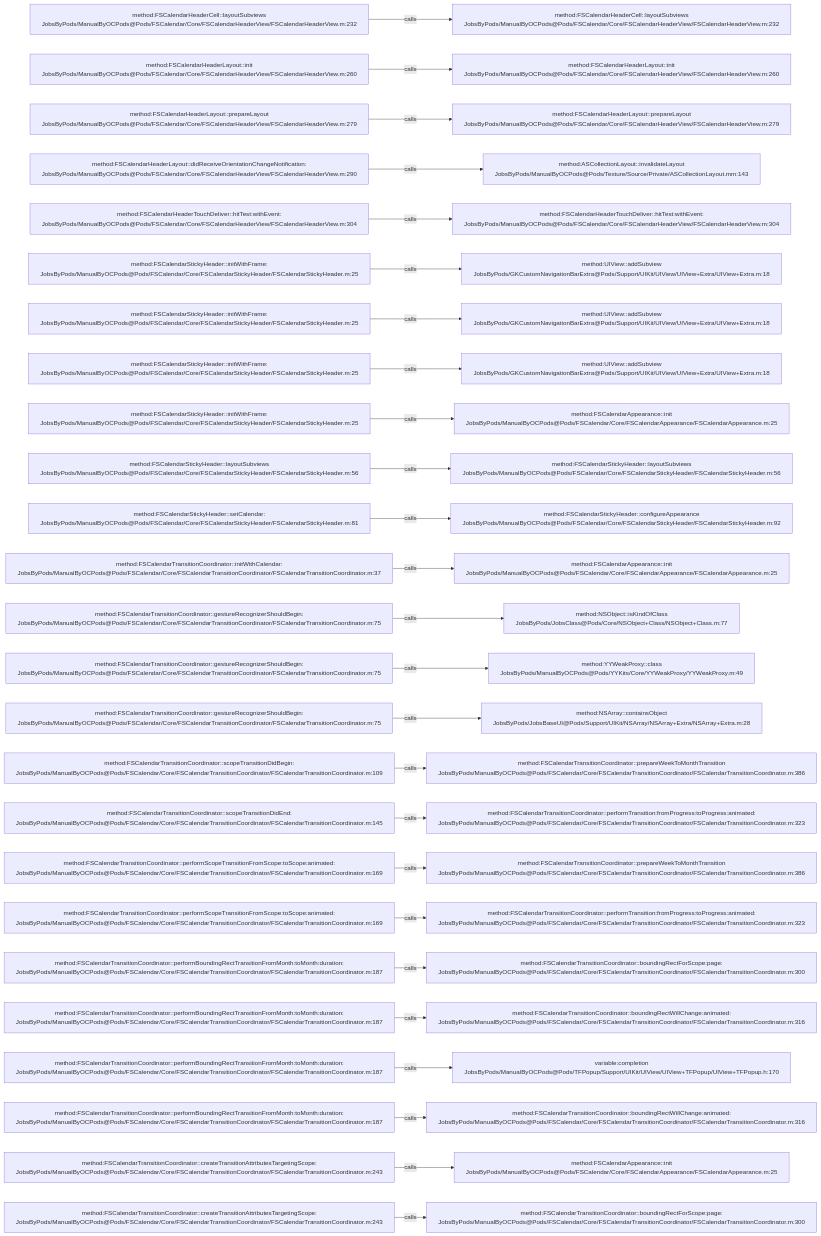
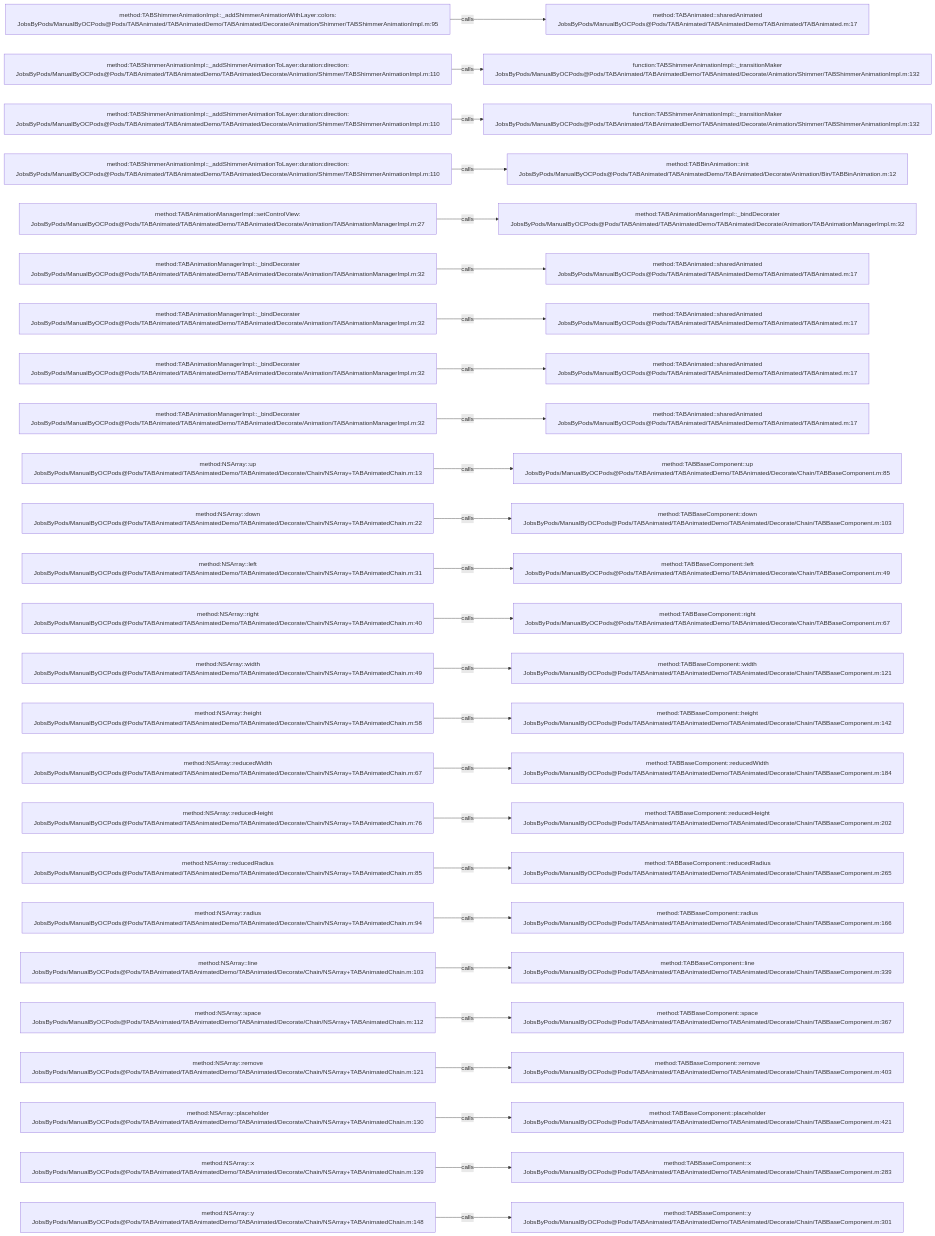
Before and after one commit to JobsKits/JobsOCBaseConfigDemo: the diagram in .codegraph/codegraph.md/graphs/calls-193.md, drawn with Mermaid. The commit also changed 639 other files, not shown here.

````diff
--- a/.codegraph/codegraph.md/graphs/calls-193.md
+++ b/.codegraph/codegraph.md/graphs/calls-193.md
@@ -13,78 +13,78 @@
 ```mermaid
 flowchart LR
-  S1["method:FSCalendarHeaderCell::layoutSubviews<br/>JobsByPods/ManualByOCPods@Pods/FSCalendar/Core/FSCalendarHeaderView/FSCalendarHeaderView.m:232"]
-  T1["method:FSCalendarHeaderCell::layoutSubviews<br/>JobsByPods/ManualByOCPods@Pods/FSCalendar/Core/FSCalendarHeaderView/FSCalendarHeaderView.m:232"]
+  S1["method:TABShimmerAnimationImpl::_addShimmerAnimationWithLayer:colors:<br/>JobsByPods/ManualByOCPods@Pods/TABAnimated/TABAnimatedDemo/TABAnimated/Decorate/Animation/Shimmer/TABShimmerAnimationImpl.m:95"]
+  T1["method:TABAnimated::sharedAnimated<br/>JobsByPods/ManualByOCPods@Pods/TABAnimated/TABAnimatedDemo/TABAnimated/TABAnimated.m:17"]
   S1 -->|calls| T1
-  S2["method:FSCalendarHeaderLayout::init<br/>JobsByPods/ManualByOCPods@Pods/FSCalendar/Core/FSCalendarHeaderView/FSCalendarHeaderView.m:260"]
-  T2["method:FSCalendarHeaderLayout::init<br/>JobsByPods/ManualByOCPods@Pods/FSCalendar/Core/FSCalendarHeaderView/FSCalendarHeaderView.m:260"]
+  S2["method:TABShimmerAnimationImpl::_addShimmerAnimationToLayer:duration:direction:<br/>JobsByPods/ManualByOCPods@Pods/TABAnimated/TABAnimatedDemo/TABAnimated/Decorate/Animation/Shimmer/TABShimmerAnimationImpl.m:110"]
+  T2["function:TABShimmerAnimationImpl::_transitionMaker<br/>JobsByPods/ManualByOCPods@Pods/TABAnimated/TABAnimatedDemo/TABAnimated/Decorate/Animation/Shimmer/TABShimmerAnimationImpl.m:132"]
   S2 -->|calls| T2
-  S3["method:FSCalendarHeaderLayout::prepareLayout<br/>JobsByPods/ManualByOCPods@Pods/FSCalendar/Core/FSCalendarHeaderView/FSCalendarHeaderView.m:279"]
-  T3["method:FSCalendarHeaderLayout::prepareLayout<br/>JobsByPods/ManualByOCPods@Pods/FSCalendar/Core/FSCalendarHeaderView/FSCalendarHeaderView.m:279"]
+  S3["method:TABShimmerAnimationImpl::_addShimmerAnimationToLayer:duration:direction:<br/>JobsByPods/ManualByOCPods@Pods/TABAnimated/TABAnimatedDemo/TABAnimated/Decorate/Animation/Shimmer/TABShimmerAnimationImpl.m:110"]
+  T3["function:TABShimmerAnimationImpl::_transitionMaker<br/>JobsByPods/ManualByOCPods@Pods/TABAnimated/TABAnimatedDemo/TABAnimated/Decorate/Animation/Shimmer/TABShimmerAnimationImpl.m:132"]
   S3 -->|calls| T3
-  S4["method:FSCalendarHeaderLayout::didReceiveOrientationChangeNotification:<br/>JobsByPods/ManualByOCPods@Pods/FSCalendar/Core/FSCalendarHeaderView/FSCalendarHeaderView.m:290"]
-  T4["method:ASCollectionLayout::invalidateLayout<br/>JobsByPods/ManualByOCPods@Pods/Texture/Source/Private/ASCollectionLayout.mm:143"]
+  S4["method:TABShimmerAnimationImpl::_addShimmerAnimationToLayer:duration:direction:<br/>JobsByPods/ManualByOCPods@Pods/TABAnimated/TABAnimatedDemo/TABAnimated/Decorate/Animation/Shimmer/TABShimmerAnimationImpl.m:110"]
+  T4["method:TABBinAnimation::init<br/>JobsByPods/ManualByOCPods@Pods/TABAnimated/TABAnimatedDemo/TABAnimated/Decorate/Animation/Bin/TABBinAnimation.m:12"]
   S4 -->|calls| T4
-  S5["method:FSCalendarHeaderTouchDeliver::hitTest:withEvent:<br/>JobsByPods/ManualByOCPods@Pods/FSCalendar/Core/FSCalendarHeaderView/FSCalendarHeaderView.m:304"]
-  T5["method:FSCalendarHeaderTouchDeliver::hitTest:withEvent:<br/>JobsByPods/ManualByOCPods@Pods/FSCalendar/Core/FSCalendarHeaderView/FSCalendarHeaderView.m:304"]
+  S5["method:TABAnimationManagerImpl::setControlView:<br/>JobsByPods/ManualByOCPods@Pods/TABAnimated/TABAnimatedDemo/TABAnimated/Decorate/Animation/TABAnimationManagerImpl.m:27"]
+  T5["method:TABAnimationManagerImpl::_bindDecorater<br/>JobsByPods/ManualByOCPods@Pods/TABAnimated/TABAnimatedDemo/TABAnimated/Decorate/Animation/TABAnimationManagerImpl.m:32"]
   S5 -->|calls| T5
-  S6["method:FSCalendarStickyHeader::initWithFrame:<br/>JobsByPods/ManualByOCPods@Pods/FSCalendar/Core/FSCalendarStickyHeader/FSCalendarStickyHeader.m:25"]
-  T6["method:UIView::addSubview<br/>JobsByPods/GKCustomNavigationBarExtra@Pods/Support/UIKit/UIView/UIView+Extra/UIView+Extra.m:18"]
+  S6["method:TABAnimationManagerImpl::_bindDecorater<br/>JobsByPods/ManualByOCPods@Pods/TABAnimated/TABAnimatedDemo/TABAnimated/Decorate/Animation/TABAnimationManagerImpl.m:32"]
+  T6["method:TABAnimated::sharedAnimated<br/>JobsByPods/ManualByOCPods@Pods/TABAnimated/TABAnimatedDemo/TABAnimated/TABAnimated.m:17"]
   S6 -->|calls| T6
-  S7["method:FSCalendarStickyHeader::initWithFrame:<br/>JobsByPods/ManualByOCPods@Pods/FSCalendar/Core/FSCalendarStickyHeader/FSCalendarStickyHeader.m:25"]
-  T7["method:UIView::addSubview<br/>JobsByPods/GKCustomNavigationBarExtra@Pods/Support/UIKit/UIView/UIView+Extra/UIView+Extra.m:18"]
+  S7["method:TABAnimationManagerImpl::_bindDecorater<br/>JobsByPods/ManualByOCPods@Pods/TABAnimated/TABAnimatedDemo/TABAnimated/Decorate/Animation/TABAnimationManagerImpl.m:32"]
+  T7["method:TABAnimated::sharedAnimated<br/>JobsByPods/ManualByOCPods@Pods/TABAnimated/TABAnimatedDemo/TABAnimated/TABAnimated.m:17"]
   S7 -->|calls| T7
-  S8["method:FSCalendarStickyHeader::initWithFrame:<br/>JobsByPods/ManualByOCPods@Pods/FSCalendar/Core/FSCalendarStickyHeader/FSCalendarStickyHeader.m:25"]
-  T8["method:UIView::addSubview<br/>JobsByPods/GKCustomNavigationBarExtra@Pods/Support/UIKit/UIView/UIView+Extra/UIView+Extra.m:18"]
+  S8["method:TABAnimationManagerImpl::_bindDecorater<br/>JobsByPods/ManualByOCPods@Pods/TABAnimated/TABAnimatedDemo/TABAnimated/Decorate/Animation/TABAnimationManagerImpl.m:32"]
+  T8["method:TABAnimated::sharedAnimated<br/>JobsByPods/ManualByOCPods@Pods/TABAnimated/TABAnimatedDemo/TABAnimated/TABAnimated.m:17"]
   S8 -->|calls| T8
-  S9["method:FSCalendarStickyHeader::initWithFrame:<br/>JobsByPods/ManualByOCPods@Pods/FSCalendar/Core/FSCalendarStickyHeader/FSCalendarStickyHeader.m:25"]
-  T9["method:FSCalendarAppearance::init<br/>JobsByPods/ManualByOCPods@Pods/FSCalendar/Core/FSCalendarAppearance/FSCalendarAppearance.m:25"]
+  S9["method:TABAnimationManagerImpl::_bindDecorater<br/>JobsByPods/ManualByOCPods@Pods/TABAnimated/TABAnimatedDemo/TABAnimated/Decorate/Animation/TABAnimationManagerImpl.m:32"]
+  T9["method:TABAnimated::sharedAnimated<br/>JobsByPods/ManualByOCPods@Pods/TABAnimated/TABAnimatedDemo/TABAnimated/TABAnimated.m:17"]
   S9 -->|calls| T9
-  S10["method:FSCalendarStickyHeader::layoutSubviews<br/>JobsByPods/ManualByOCPods@Pods/FSCalendar/Core/FSCalendarStickyHeader/FSCalendarStickyHeader.m:56"]
-  T10["method:FSCalendarStickyHeader::layoutSubviews<br/>JobsByPods/ManualByOCPods@Pods/FSCalendar/Core/FSCalendarStickyHeader/FSCalendarStickyHeader.m:56"]
+  S10["method:NSArray::up<br/>JobsByPods/ManualByOCPods@Pods/TABAnimated/TABAnimatedDemo/TABAnimated/Decorate/Chain/NSArray+TABAnimatedChain.m:13"]
+  T10["method:TABBaseComponent::up<br/>JobsByPods/ManualByOCPods@Pods/TABAnimated/TABAnimatedDemo/TABAnimated/Decorate/Chain/TABBaseComponent.m:85"]
   S10 -->|calls| T10
-  S11["method:FSCalendarStickyHeader::setCalendar:<br/>JobsByPods/ManualByOCPods@Pods/FSCalendar/Core/FSCalendarStickyHeader/FSCalendarStickyHeader.m:81"]
-  T11["method:FSCalendarStickyHeader::configureAppearance<br/>JobsByPods/ManualByOCPods@Pods/FSCalendar/Core/FSCalendarStickyHeader/FSCalendarStickyHeader.m:92"]
+  S11["method:NSArray::down<br/>JobsByPods/ManualByOCPods@Pods/TABAnimated/TABAnimatedDemo/TABAnimated/Decorate/Chain/NSArray+TABAnimatedChain.m:22"]
+  T11["method:TABBaseComponent::down<br/>JobsByPods/ManualByOCPods@Pods/TABAnimated/TABAnimatedDemo/TABAnimated/Decorate/Chain/TABBaseComponent.m:103"]
   S11 -->|calls| T11
-  S12["method:FSCalendarTransitionCoordinator::initWithCalendar:<br/>JobsByPods/ManualByOCPods@Pods/FSCalendar/Core/FSCalendarTransitionCoordinator/FSCalendarTransitionCoordinator.m:37"]
-  T12["method:FSCalendarAppearance::init<br/>JobsByPods/ManualByOCPods@Pods/FSCalendar/Core/FSCalendarAppearance/FSCalendarAppearance.m:25"]
+  S12["method:NSArray::left<br/>JobsByPods/ManualByOCPods@Pods/TABAnimated/TABAnimatedDemo/TABAnimated/Decorate/Chain/NSArray+TABAnimatedChain.m:31"]
+  T12["method:TABBaseComponent::left<br/>JobsByPods/ManualByOCPods@Pods/TABAnimated/TABAnimatedDemo/TABAnimated/Decorate/Chain/TABBaseComponent.m:49"]
   S12 -->|calls| T12
-  S13["method:FSCalendarTransitionCoordinator::gestureRecognizerShouldBegin:<br/>JobsByPods/ManualByOCPods@Pods/FSCalendar/Core/FSCalendarTransitionCoordinator/FSCalendarTransitionCoordinator.m:75"]
-  T13["method:NSObject::isKindOfClass<br/>JobsByPods/JobsClass@Pods/Core/NSObject+Class/NSObject+Class.m:77"]
+  S13["method:NSArray::right<br/>JobsByPods/ManualByOCPods@Pods/TABAnimated/TABAnimatedDemo/TABAnimated/Decorate/Chain/NSArray+TABAnimatedChain.m:40"]
+  T13["method:TABBaseComponent::right<br/>JobsByPods/ManualByOCPods@Pods/TABAnimated/TABAnimatedDemo/TABAnimated/Decorate/Chain/TABBaseComponent.m:67"]
   S13 -->|calls| T13
-  S14["method:FSCalendarTransitionCoordinator::gestureRecognizerShouldBegin:<br/>JobsByPods/ManualByOCPods@Pods/FSCalendar/Core/FSCalendarTransitionCoordinator/FSCalendarTransitionCoordinator.m:75"]
-  T14["method:YYWeakProxy::class<br/>JobsByPods/ManualByOCPods@Pods/YYKits/Core/YYWeakProxy/YYWeakProxy.m:49"]
+  S14["method:NSArray::width<br/>JobsByPods/ManualByOCPods@Pods/TABAnimated/TABAnimatedDemo/TABAnimated/Decorate/Chain/NSArray+TABAnimatedChain.m:49"]
+  T14["method:TABBaseComponent::width<br/>JobsByPods/ManualByOCPods@Pods/TABAnimated/TABAnimatedDemo/TABAnimated/Decorate/Chain/TABBaseComponent.m:121"]
   S14 -->|calls| T14
-  S15["method:FSCalendarTransitionCoordinator::gestureRecognizerShouldBegin:<br/>JobsByPods/ManualByOCPods@Pods/FSCalendar/Core/FSCalendarTransitionCoordinator/FSCalendarTransitionCoordinator.m:75"]
-  T15["method:NSArray::containsObject<br/>JobsByPods/JobsBaseUI@Pods/Support/UIKit/NSArray/NSArray+Extra/NSArray+Extra.m:28"]
+  S15["method:NSArray::height<br/>JobsByPods/ManualByOCPods@Pods/TABAnimated/TABAnimatedDemo/TABAnimated/Decorate/Chain/NSArray+TABAnimatedChain.m:58"]
+  T15["method:TABBaseComponent::height<br/>JobsByPods/ManualByOCPods@Pods/TABAnimated/TABAnimatedDemo/TABAnimated/Decorate/Chain/TABBaseComponent.m:142"]
   S15 -->|calls| T15
-  S16["method:FSCalendarTransitionCoordinator::scopeTransitionDidBegin:<br/>JobsByPods/ManualByOCPods@Pods/FSCalendar/Core/FSCalendarTransitionCoordinator/FSCalendarTransitionCoordinator.m:109"]
-  T16["method:FSCalendarTransitionCoordinator::prepareWeekToMonthTransition<br/>JobsByPods/ManualByOCPods@Pods/FSCalendar/Core/FSCalendarTransitionCoordinator/FSCalendarTransitionCoordinator.m:386"]
+  S16["method:NSArray::reducedWidth<br/>JobsByPods/ManualByOCPods@Pods/TABAnimated/TABAnimatedDemo/TABAnimated/Decorate/Chain/NSArray+TABAnimatedChain.m:67"]
+  T16["method:TABBaseComponent::reducedWidth<br/>JobsByPods/ManualByOCPods@Pods/TABAnimated/TABAnimatedDemo/TABAnimated/Decorate/Chain/TABBaseComponent.m:184"]
   S16 -->|calls| T16
-  S17["method:FSCalendarTransitionCoordinator::scopeTransitionDidEnd:<br/>JobsByPods/ManualByOCPods@Pods/FSCalendar/Core/FSCalendarTransitionCoordinator/FSCalendarTransitionCoordinator.m:145"]
-  T17["method:FSCalendarTransitionCoordinator::performTransition:fromProgress:toProgress:animated:<br/>JobsByPods/ManualByOCPods@Pods/FSCalendar/Core/FSCalendarTransitionCoordinator/FSCalendarTransitionCoordinator.m:323"]
+  S17["method:NSArray::reducedHeight<br/>JobsByPods/ManualByOCPods@Pods/TABAnimated/TABAnimatedDemo/TABAnimated/Decorate/Chain/NSArray+TABAnimatedChain.m:76"]
+  T17["method:TABBaseComponent::reducedHeight<br/>JobsByPods/ManualByOCPods@Pods/TABAnimated/TABAnimatedDemo/TABAnimated/Decorate/Chain/TABBaseComponent.m:202"]
   S17 -->|calls| T17
-  S18["method:FSCalendarTransitionCoordinator::performScopeTransitionFromScope:toScope:animated:<br/>JobsByPods/ManualByOCPods@Pods/FSCalendar/Core/FSCalendarTransitionCoordinator/FSCalendarTransitionCoordinator.m:169"]
-  T18["method:FSCalendarTransitionCoordinator::prepareWeekToMonthTransition<br/>JobsByPods/ManualByOCPods@Pods/FSCalendar/Core/FSCalendarTransitionCoordinator/FSCalendarTransitionCoordinator.m:386"]
+  S18["method:NSArray::reducedRadius<br/>JobsByPods/ManualByOCPods@Pods/TABAnimated/TABAnimatedDemo/TABAnimated/Decorate/Chain/NSArray+TABAnimatedChain.m:85"]
+  T18["method:TABBaseComponent::reducedRadius<br/>JobsByPods/ManualByOCPods@Pods/TABAnimated/TABAnimatedDemo/TABAnimated/Decorate/Chain/TABBaseComponent.m:265"]
   S18 -->|calls| T18
-  S19["method:FSCalendarTransitionCoordinator::performScopeTransitionFromScope:toScope:animated:<br/>JobsByPods/ManualByOCPods@Pods/FSCalendar/Core/FSCalendarTransitionCoordinator/FSCalendarTransitionCoordinator.m:169"]
-  T19["method:FSCalendarTransitionCoordinator::performTransition:fromProgress:toProgress:animated:<br/>JobsByPods/ManualByOCPods@Pods/FSCalendar/Core/FSCalendarTransitionCoordinator/FSCalendarTransitionCoordinator.m:323"]
+  S19["method:NSArray::radius<br/>JobsByPods/ManualByOCPods@Pods/TABAnimated/TABAnimatedDemo/TABAnimated/Decorate/Chain/NSArray+TABAnimatedChain.m:94"]
+  T19["method:TABBaseComponent::radius<br/>JobsByPods/ManualByOCPods@Pods/TABAnimated/TABAnimatedDemo/TABAnimated/Decorate/Chain/TABBaseComponent.m:166"]
   S19 -->|calls| T19
-  S20["method:FSCalendarTransitionCoordinator::performBoundingRectTransitionFromMonth:toMonth:duration:<br/>JobsByPods/ManualByOCPods@Pods/FSCalendar/Core/FSCalendarTransitionCoordinator/FSCalendarTransitionCoordinator.m:187"]
-  T20["method:FSCalendarTransitionCoordinator::boundingRectForScope:page:<br/>JobsByPods/ManualByOCPods@Pods/FSCalendar/Core/FSCalendarTransitionCoordinator/FSCalendarTransitionCoordinator.m:300"]
+  S20["method:NSArray::line<br/>JobsByPods/ManualByOCPods@Pods/TABAnimated/TABAnimatedDemo/TABAnimated/Decorate/Chain/NSArray+TABAnimatedChain.m:103"]
+  T20["method:TABBaseComponent::line<br/>JobsByPods/ManualByOCPods@Pods/TABAnimated/TABAnimatedDemo/TABAnimated/Decorate/Chain/TABBaseComponent.m:339"]
   S20 -->|calls| T20
-  S21["method:FSCalendarTransitionCoordinator::performBoundingRectTransitionFromMonth:toMonth:duration:<br/>JobsByPods/ManualByOCPods@Pods/FSCalendar/Core/FSCalendarTransitionCoordinator/FSCalendarTransitionCoordinator.m:187"]
-  T21["method:FSCalendarTransitionCoordinator::boundingRectWillChange:animated:<br/>JobsByPods/ManualByOCPods@Pods/FSCalendar/Core/FSCalendarTransitionCoordinator/FSCalendarTransitionCoordinator.m:316"]
+  S21["method:NSArray::space<br/>JobsByPods/ManualByOCPods@Pods/TABAnimated/TABAnimatedDemo/TABAnimated/Decorate/Chain/NSArray+TABAnimatedChain.m:112"]
+  T21["method:TABBaseComponent::space<br/>JobsByPods/ManualByOCPods@Pods/TABAnimated/TABAnimatedDemo/TABAnimated/Decorate/Chain/TABBaseComponent.m:367"]
   S21 -->|calls| T21
-  S22["method:FSCalendarTransitionCoordinator::performBoundingRectTransitionFromMonth:toMonth:duration:<br/>JobsByPods/ManualByOCPods@Pods/FSCalendar/Core/FSCalendarTransitionCoordinator/FSCalendarTransitionCoordinator.m:187"]
-  T22["variable:completion<br/>JobsByPods/ManualByOCPods@Pods/TFPopup/Support/UIKit/UIView/UIView+TFPopup/UIView+TFPopup.h:170"]
+  S22["method:NSArray::remove<br/>JobsByPods/ManualByOCPods@Pods/TABAnimated/TABAnimatedDemo/TABAnimated/Decorate/Chain/NSArray+TABAnimatedChain.m:121"]
+  T22["method:TABBaseComponent::remove<br/>JobsByPods/ManualByOCPods@Pods/TABAnimated/TABAnimatedDemo/TABAnimated/Decorate/Chain/TABBaseComponent.m:403"]
   S22 -->|calls| T22
-  S23["method:FSCalendarTransitionCoordinator::performBoundingRectTransitionFromMonth:toMonth:duration:<br/>JobsByPods/ManualByOCPods@Pods/FSCalendar/Core/FSCalendarTransitionCoordinator/FSCalendarTransitionCoordinator.m:187"]
-  T23["method:FSCalendarTransitionCoordinator::boundingRectWillChange:animated:<br/>JobsByPods/ManualByOCPods@Pods/FSCalendar/Core/FSCalendarTransitionCoordinator/FSCalendarTransitionCoordinator.m:316"]
+  S23["method:NSArray::placeholder<br/>JobsByPods/ManualByOCPods@Pods/TABAnimated/TABAnimatedDemo/TABAnimated/Decorate/Chain/NSArray+TABAnimatedChain.m:130"]
+  T23["method:TABBaseComponent::placeholder<br/>JobsByPods/ManualByOCPods@Pods/TABAnimated/TABAnimatedDemo/TABAnimated/Decorate/Chain/TABBaseComponent.m:421"]
   S23 -->|calls| T23
-  S24["method:FSCalendarTransitionCoordinator::createTransitionAttributesTargetingScope:<br/>JobsByPods/ManualByOCPods@Pods/FSCalendar/Core/FSCalendarTransitionCoordinator/FSCalendarTransitionCoordinator.m:243"]
-  T24["method:FSCalendarAppearance::init<br/>JobsByPods/ManualByOCPods@Pods/FSCalendar/Core/FSCalendarAppearance/FSCalendarAppearance.m:25"]
+  S24["method:NSArray::x<br/>JobsByPods/ManualByOCPods@Pods/TABAnimated/TABAnimatedDemo/TABAnimated/Decorate/Chain/NSArray+TABAnimatedChain.m:139"]
+  T24["method:TABBaseComponent::x<br/>JobsByPods/ManualByOCPods@Pods/TABAnimated/TABAnimatedDemo/TABAnimated/Decorate/Chain/TABBaseComponent.m:283"]
   S24 -->|calls| T24
-  S25["method:FSCalendarTransitionCoordinator::createTransitionAttributesTargetingScope:<br/>JobsByPods/ManualByOCPods@Pods/FSCalendar/Core/FSCalendarTransitionCoordinator/FSCalendarTransitionCoordinator.m:243"]
-  T25["method:FSCalendarTransitionCoordinator::boundingRectForScope:page:<br/>JobsByPods/ManualByOCPods@Pods/FSCalendar/Core/FSCalendarTransitionCoordinator/FSCalendarTransitionCoordinator.m:300"]
+  S25["method:NSArray::y<br/>JobsByPods/ManualByOCPods@Pods/TABAnimated/TABAnimatedDemo/TABAnimated/Decorate/Chain/NSArray+TABAnimatedChain.m:148"]
+  T25["method:TABBaseComponent::y<br/>JobsByPods/ManualByOCPods@Pods/TABAnimated/TABAnimatedDemo/TABAnimated/Decorate/Chain/TABBaseComponent.m:301"]
   S25 -->|calls| T25
 ```
````
